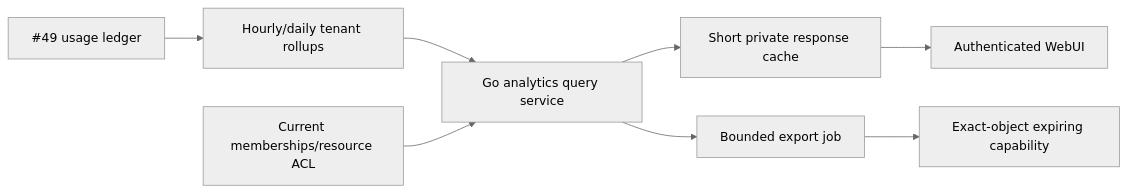
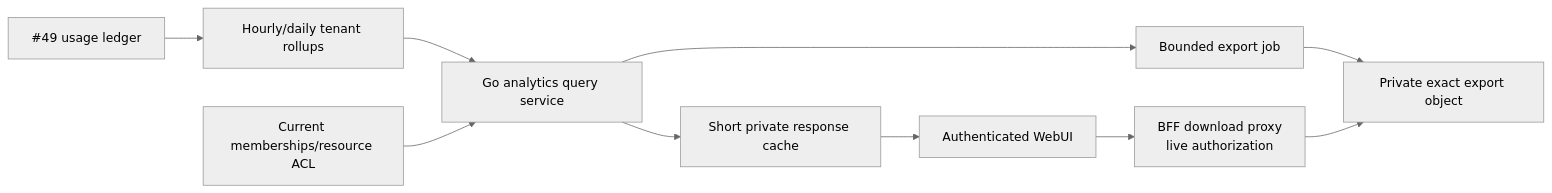
The second of 2 diagrams in docs/research/user-usage-analytics.md (urandon/sessionless), drawn with Mermaid (neutral theme) before and after one commit. The commit also changed other lines of this file and 4 other files, not shown here.

````diff
--- a/docs/research/user-usage-analytics.md
+++ b/docs/research/user-usage-analytics.md
@@ -107,10 +112,12 @@
 ```mermaid
 flowchart LR
     L["#49 usage ledger"] --> A["Hourly/daily tenant rollups"]
     A --> B["Go analytics query service"]
     M["Current memberships/resource ACL"] --> B
     B --> C["Short private response cache"]
     C --> UI["Authenticated WebUI"]
     B --> J["Bounded export job"]
-    J --> O["Exact-object expiring capability"]
+    J --> O["Private exact export object"]
+    UI --> X["BFF download proxy\nlive authorization"]
+    X --> O
 ```
````
